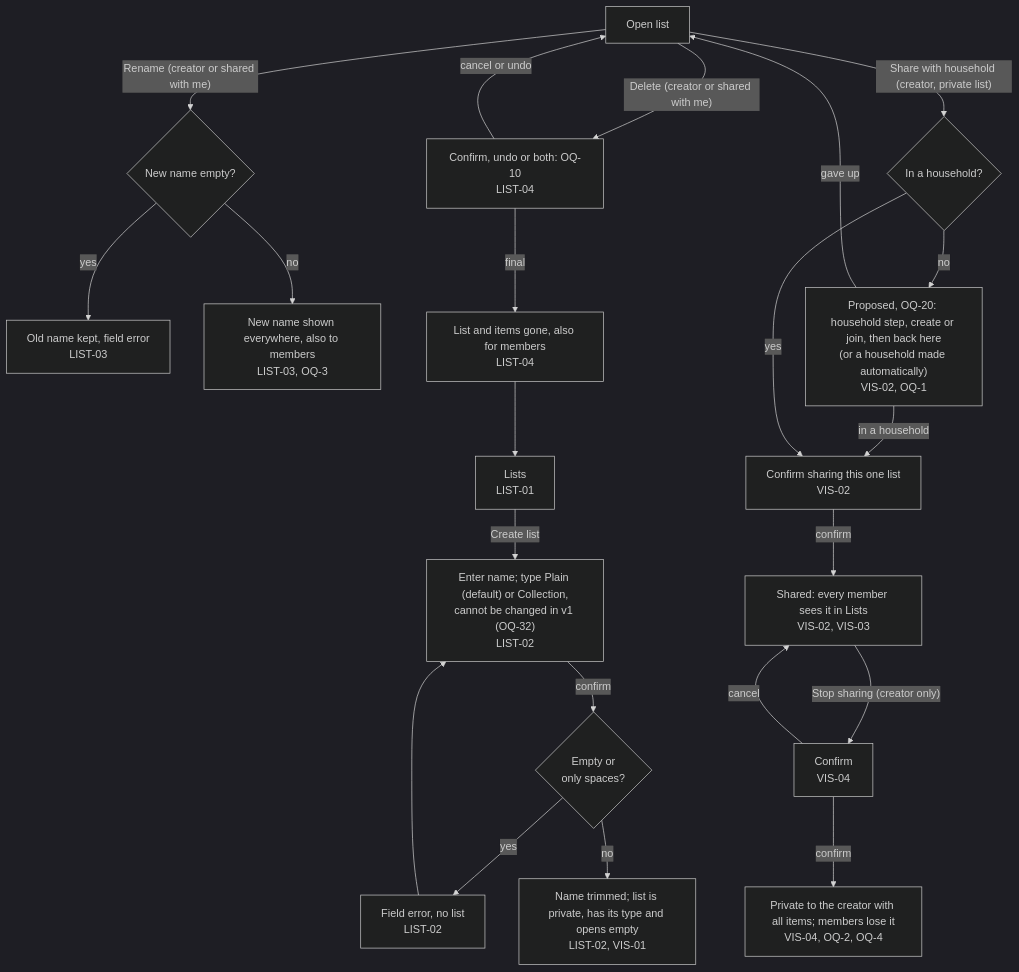
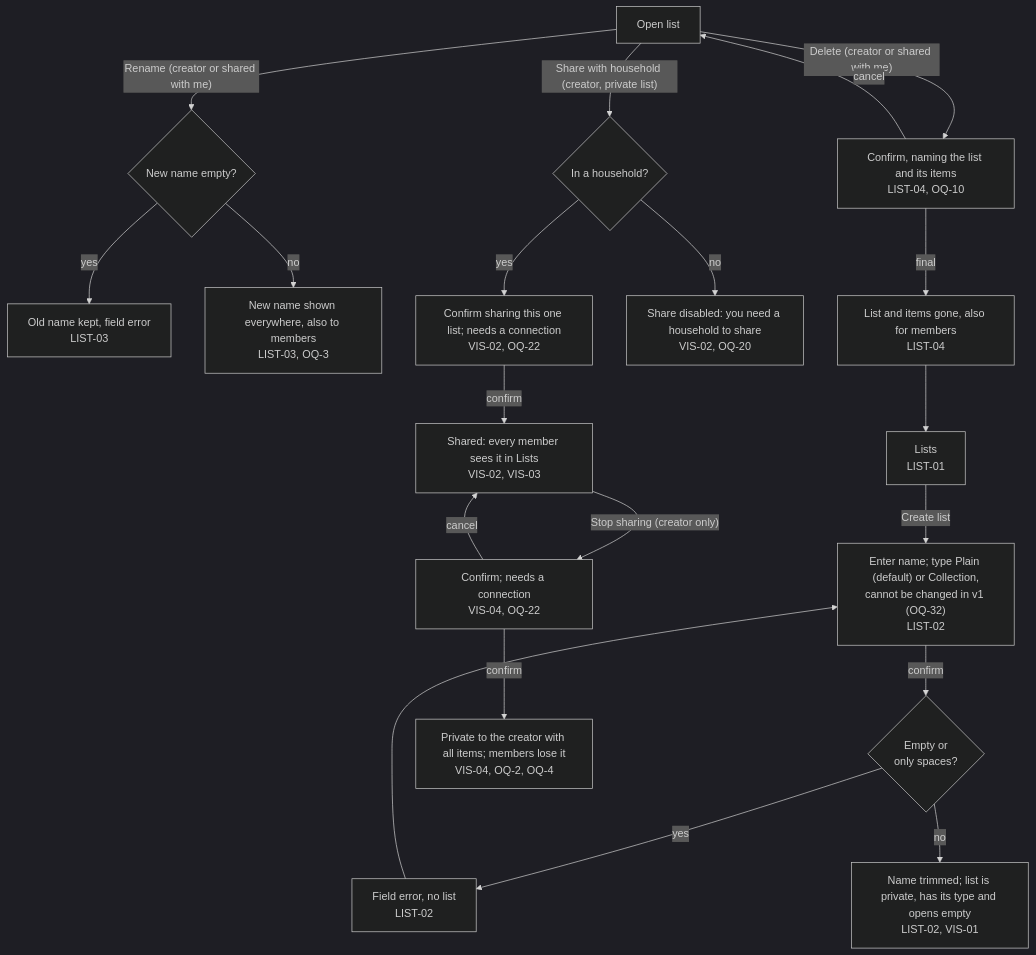
Before and after one commit to bondo/listicles2: the sixth of 11 diagrams in docs/product/flow.md, drawn with Mermaid (dark theme). The commit also changed other lines of this file and 1 other file, not shown here.

````diff
--- a/docs/product/flow.md
+++ b/docs/product/flow.md
@@ -157,22 +159,20 @@
 ```mermaid
 flowchart TD
     lists["Lists<br>LIST-01"] -- "Create list" --> name["Enter name; type Plain (default) or Collection,<br>cannot be changed in v1 (OQ-32)<br>LIST-02"]
     name -- "confirm" --> nvalid{"Empty or<br>only spaces?"}
     nvalid -- "yes" --> nerr["Field error, no list<br>LIST-02"] --> name
     nvalid -- "no" --> newlist["Name trimmed; list is private, has its type and opens empty<br>LIST-02, VIS-01"]
     open["Open list"] -- "Rename (creator or shared with me)" --> rn{"New name empty?"}
     rn -- "yes" --> rnerr["Old name kept, field error<br>LIST-03"]
     rn -- "no" --> renamed["New name shown everywhere, also to members<br>LIST-03, OQ-3"]
-    open -- "Delete (creator or shared with me)" --> del["Confirm, undo or both: OQ-10<br>LIST-04"]
-    del -- "cancel or undo" --> open
+    open -- "Delete (creator or shared with me)" --> del["Confirm, naming the list and its items<br>LIST-04, OQ-10"]
+    del -- "cancel" --> open
     del -- "final" --> dgone["List and items gone, also for members<br>LIST-04"] --> lists
     open -- "Share with household (creator, private list)" --> inhh{"In a household?"}
-    inhh -- "no" --> hstep["Proposed, OQ-20: household step, create or join, then back here<br>(or a household made automatically)<br>VIS-02, OQ-1"]
-    hstep -- "in a household" --> sconfirm
-    hstep -- "gave up" --> open
-    inhh -- "yes" --> sconfirm["Confirm sharing this one list<br>VIS-02"]
+    inhh -- "no" --> hstep["Share disabled: you need a household to share<br>VIS-02, OQ-20"]
+    inhh -- "yes" --> sconfirm["Confirm sharing this one list; needs a connection<br>VIS-02, OQ-22"]
     sconfirm -- "confirm" --> shared["Shared: every member sees it in Lists<br>VIS-02, VIS-03"]
-    shared -- "Stop sharing (creator only)" --> stop["Confirm<br>VIS-04"]
+    shared -- "Stop sharing (creator only)" --> stop["Confirm; needs a connection<br>VIS-04, OQ-22"]
     stop -- "cancel" --> shared
     stop -- "confirm" --> private["Private to the creator with all items; members lose it<br>VIS-04, OQ-2, OQ-4"]
 ```
````
